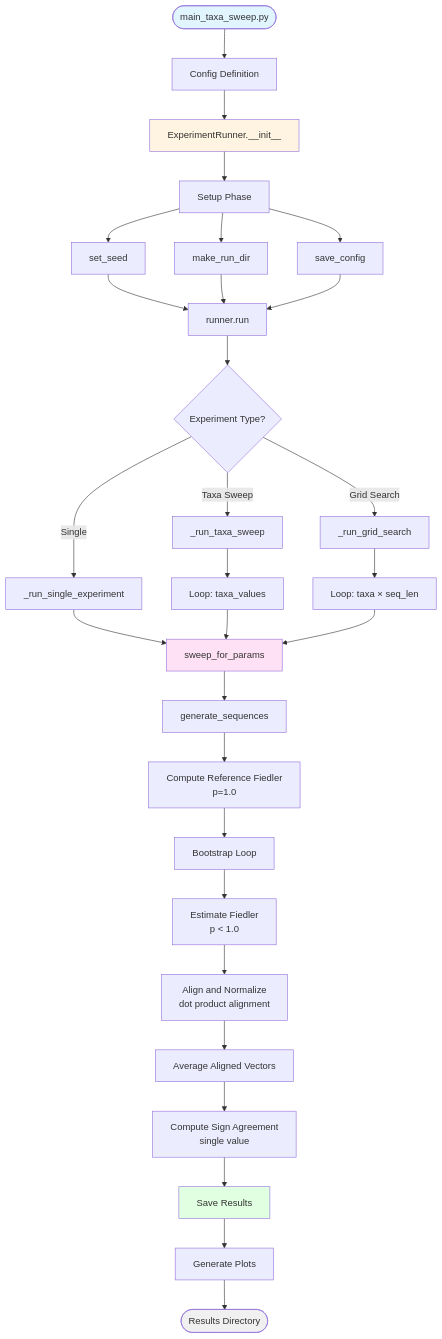
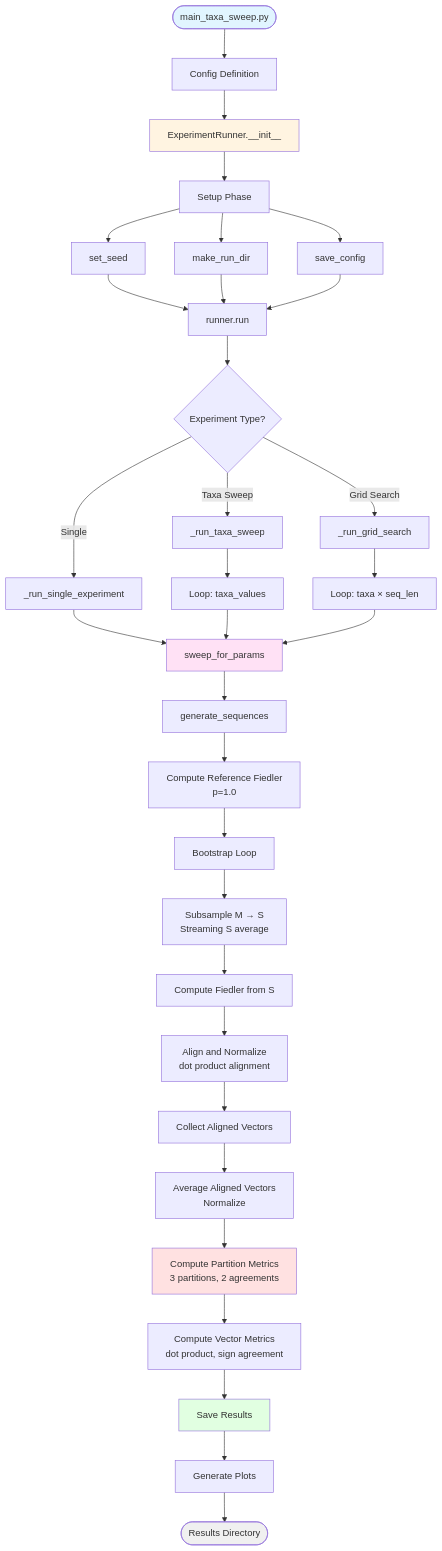
The diagram in sub_sampled_fielder_vec/README.md (NoahAmsel/spectral-tree-inference), drawn with Mermaid before and after one commit. The commit also changed other lines of this file and 48 other files, not shown here.

````diff
--- a/sub_sampled_fielder_vec/README.md
+++ b/sub_sampled_fielder_vec/README.md
@@ -14,46 +82,50 @@
 ```mermaid
 flowchart TD
     Start([main_taxa_sweep.py]) --> Config[Config Definition]
     Config --> Runner[ExperimentRunner.__init__]
-    
+
     Runner --> Setup[Setup Phase]
     Setup --> Seed[set_seed]
     Setup --> Dir[make_run_dir]
     Setup --> SaveCfg[save_config]
-    
+
     Seed --> Run[runner.run]
     Dir --> Run
     SaveCfg --> Run
-    
+
     Run --> Check{Experiment Type?}
-    
+
     Check -->|Single| Single[_run_single_experiment]
     Check -->|Taxa Sweep| Taxa[_run_taxa_sweep]
     Check -->|Grid Search| Grid[_run_grid_search]
-    
+
     Single --> Sweep[sweep_for_params]
     Taxa --> Loop1[Loop: taxa_values]
     Grid --> Loop2[Loop: taxa × seq_len]
-    
+
     Loop1 --> Sweep
     Loop2 --> Sweep
-    
+
     Sweep --> GenSeq[generate_sequences]
     GenSeq --> FiedlerRef[Compute Reference Fiedler<br/>p=1.0]
     FiedlerRef --> Bootstrap[Bootstrap Loop]
-    
-    Bootstrap --> EstFiedler[Estimate Fiedler<br/>p < 1.0]
+
+    Bootstrap --> SubsampleS[Subsample M → S<br/>Streaming S average]
+    SubsampleS --> EstFiedler[Compute Fiedler from S]
     EstFiedler --> Align[Align and Normalize<br/>dot product alignment]
-    Align --> Average[Average Aligned Vectors]
-    Average --> Metrics[Compute Sign Agreement<br/>single value]
-    
-    Metrics --> Save[Save Results]
+    Align --> Collect[Collect Aligned Vectors]
+    Collect --> Average[Average Aligned Vectors<br/>Normalize]
+    Average --> PartMetrics[Compute Partition Metrics<br/>3 partitions, 2 agreements]
+    PartMetrics --> VecMetrics[Compute Vector Metrics<br/>dot product, sign agreement]
+
+    VecMetrics --> Save[Save Results]
     Save --> Plot[Generate Plots]
     Plot --> End([Results Directory])
-    
+
     style Start fill:#e1f5ff
     style Runner fill:#fff4e1
     style Sweep fill:#ffe1f5
+    style PartMetrics fill:#ffe1e1
     style Save fill:#e1ffe1
     style End fill:#f0f0f0
 ```
````
